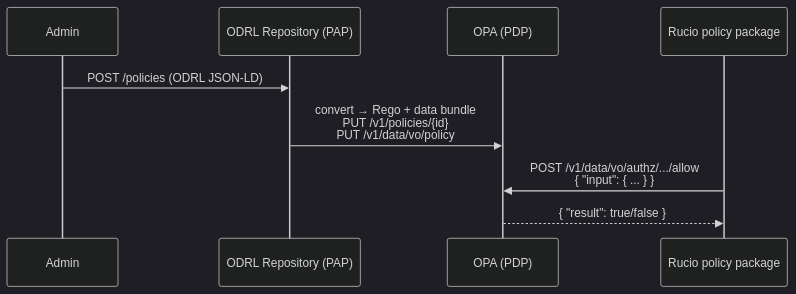
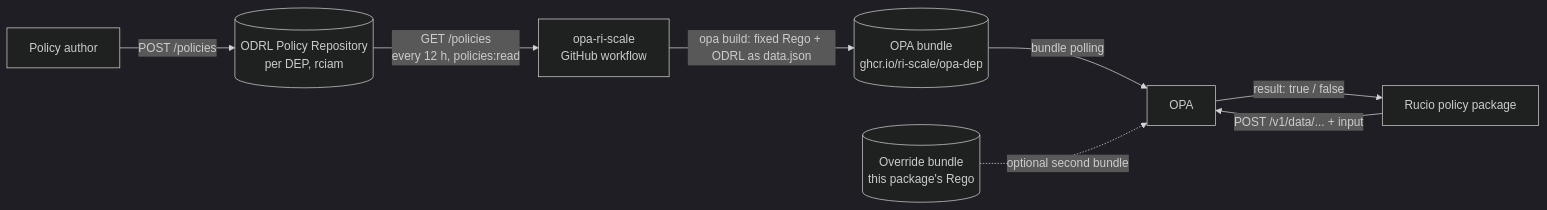
The diagram in docs/policy-lifecycle.md (mgajek-cern/opa-policy-package), drawn with Mermaid (dark theme) before and after one commit. The commit also changed other lines of this file, not shown here.

First line of the commit message:
docs: correct policy lifecycle and document the WP4 ODRL → OPA flow

````diff
--- a/docs/policy-lifecycle.md
+++ b/docs/policy-lifecycle.md
@@ -3,12 +8,10 @@
 ```mermaid
-sequenceDiagram
-    participant Admin
-    participant PAP as ODRL Repository (PAP)
-    participant OPA as OPA (PDP)
-    participant Rucio as Rucio policy package
-
-    Admin->>PAP: POST /policies (ODRL JSON-LD)
-    PAP->>OPA: convert → Rego + data bundle<br/>PUT /v1/policies/{id}<br/>PUT /v1/data/vo/policy
-    Rucio->>OPA: POST /v1/data/vo/authz/.../allow<br/>{ "input": { ... } }
-    OPA-->>Rucio: { "result": true/false }
+flowchart LR
+    A[Policy author] -->|POST /policies| R[(ODRL Policy Repository<br/>per DEP, rciam)]
+    R -->|GET /policies<br/>every 12 h, policies:read| W[opa-ri-scale<br/>GitHub workflow]
+    W -->|opa build: fixed Rego + ODRL as data.json| B[(OPA bundle<br/>ghcr.io/ri-scale/opa-dep)]
+    B -->|bundle polling| O[OPA]
+    X[(Override bundle<br/>this package's Rego)] -.->|optional second bundle| O
+    P[Rucio policy package] -->|POST /v1/data/... + input| O
+    O -->|result: true / false| P
 ```
````
